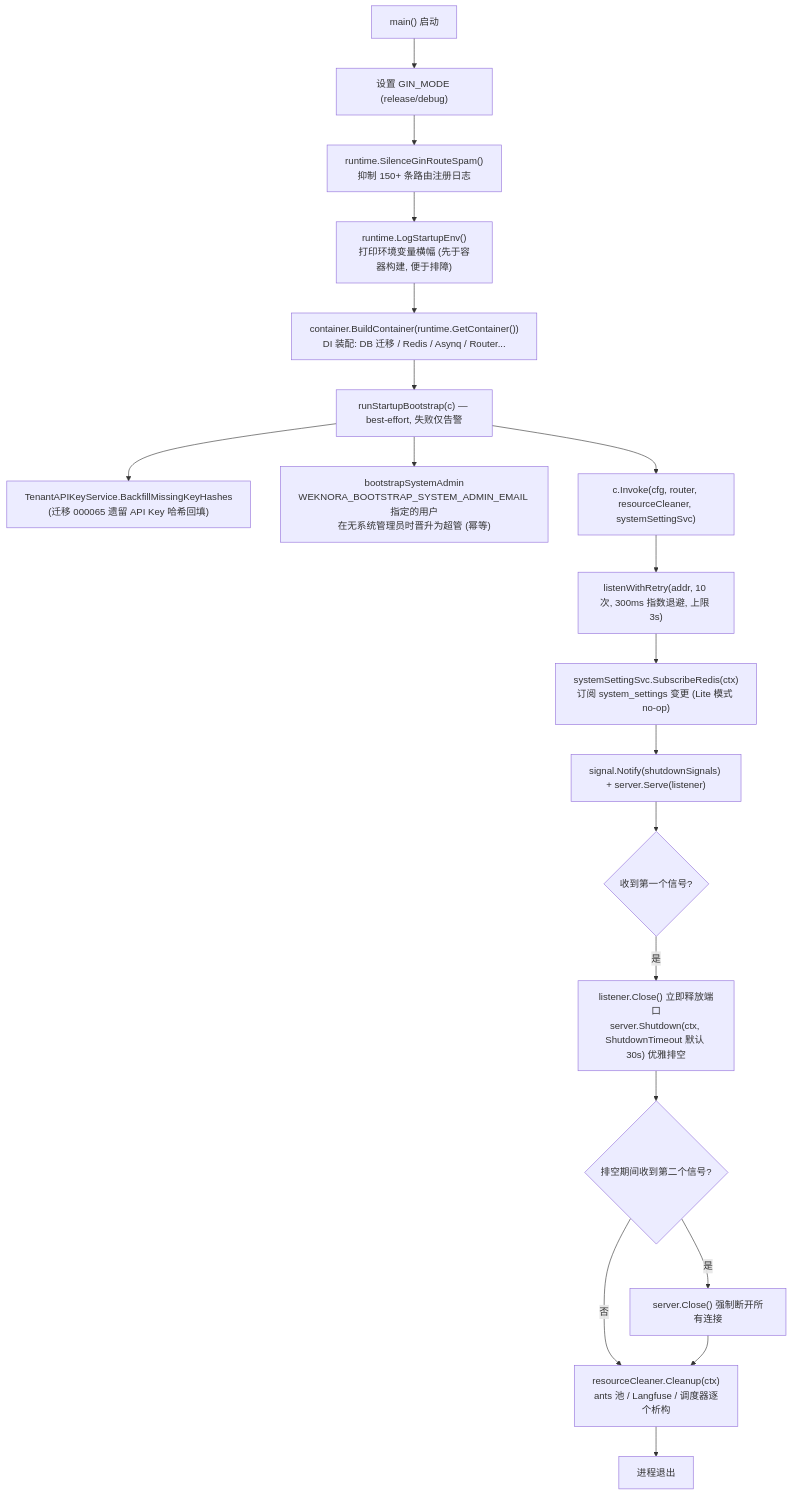
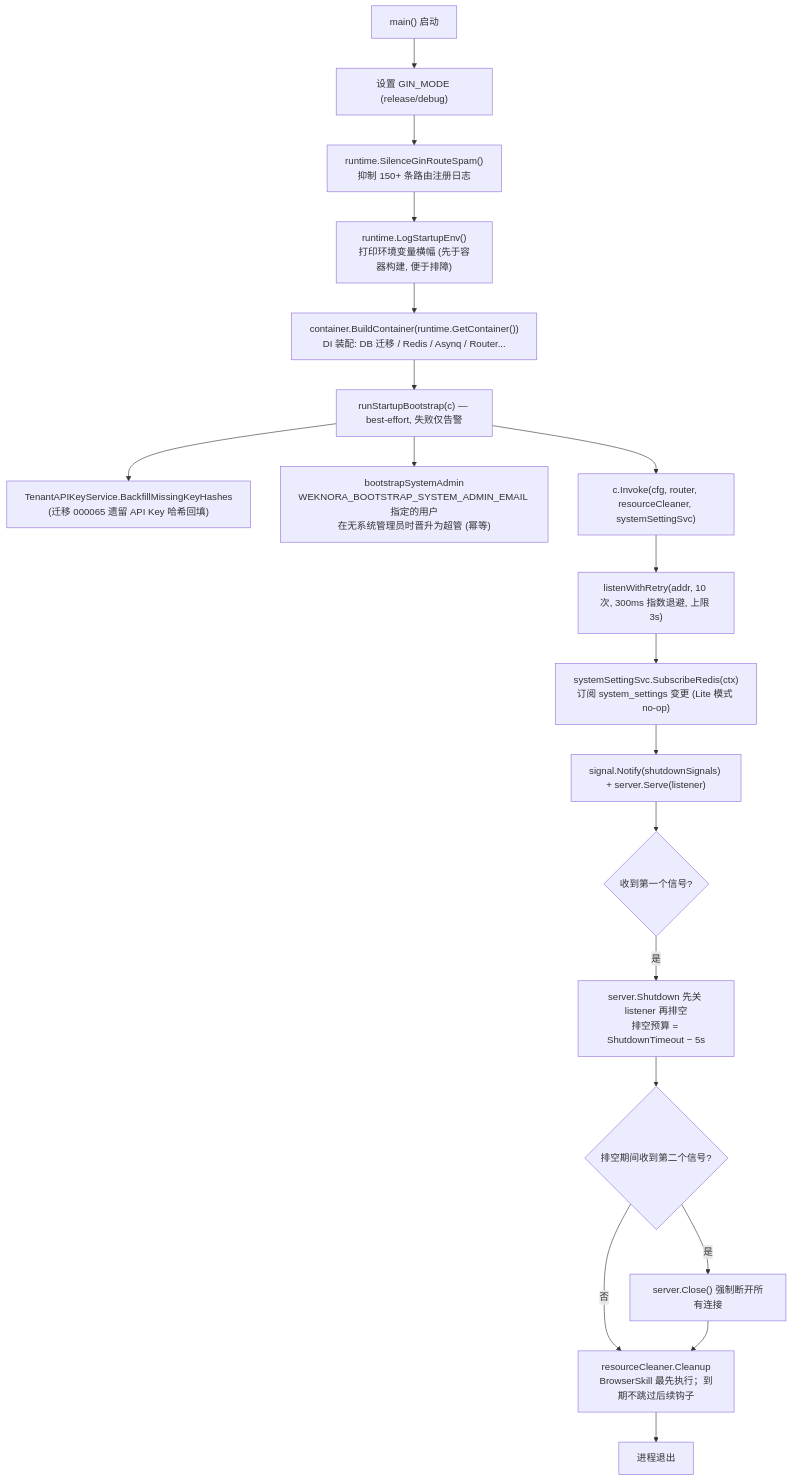
One commit to michadel/WeKnora changed the second of 3 diagrams in website-docs/02-architecture/02-backend-design.md. Above: the diagram before and after it, drawn with Mermaid. The commit also changed other lines of this file and 15 other files, not shown here.

First line of the commit message:
fix(server): run ResourceCleaner on signal shutdown instead of racing Fatalf exit (#3804)

````diff
--- a/website-docs/02-architecture/02-backend-design.md
+++ b/website-docs/02-architecture/02-backend-design.md
@@ -108,21 +108,21 @@
 ```mermaid
 flowchart TD
     A["main() 启动"] --> B["设置 GIN_MODE (release/debug)"]
     B --> C["runtime.SilenceGinRouteSpam()<br/>抑制 150+ 条路由注册日志"]
     C --> D["runtime.LogStartupEnv()<br/>打印环境变量横幅 (先于容器构建, 便于排障)"]
     D --> E["container.BuildContainer(runtime.GetContainer())<br/>DI 装配: DB 迁移 / Redis / Asynq / Router..."]
     E --> F["runStartupBootstrap(c) — best-effort, 失败仅告警"]
     F --> F1["TenantAPIKeyService.BackfillMissingKeyHashes<br/>(迁移 000065 遗留 API Key 哈希回填)"]
     F --> F2["bootstrapSystemAdmin<br/>WEKNORA_BOOTSTRAP_SYSTEM_ADMIN_EMAIL 指定的用户<br/>在无系统管理员时晋升为超管 (幂等)"]
     F --> G["c.Invoke(cfg, router, resourceCleaner, systemSettingSvc)"]
     G --> H["listenWithRetry(addr, 10 次, 300ms 指数退避, 上限 3s)"]
     H --> I["systemSettingSvc.SubscribeRedis(ctx)<br/>订阅 system_settings 变更 (Lite 模式 no-op)"]
     I --> J["signal.Notify(shutdownSignals) + server.Serve(listener)"]
     J --> K{"收到第一个信号?"}
-    K -->|是| L["listener.Close() 立即释放端口<br/>server.Shutdown(ctx, ShutdownTimeout 默认 30s) 优雅排空"]
+    K -->|是| L["server.Shutdown 先关 listener 再排空<br/>排空预算 = ShutdownTimeout − 5s"]
     L --> M{"排空期间收到第二个信号?"}
     M -->|是| N["server.Close() 强制断开所有连接"]
-    M -->|否| O["resourceCleaner.Cleanup(ctx)<br/>ants 池 / Langfuse / 调度器逐个析构"]
+    M -->|否| O["resourceCleaner.Cleanup<br/>BrowserSkill 最先执行；到期不跳过后续钩子"]
     N --> O
     O --> P["进程退出"]
 ```
````
